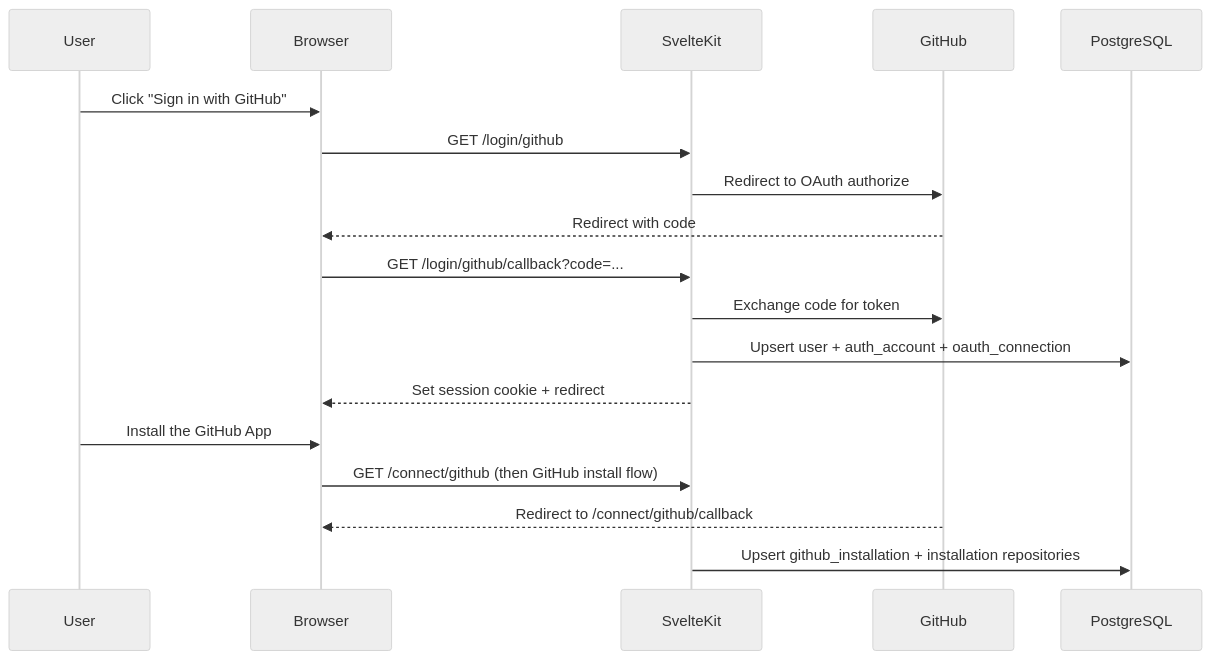
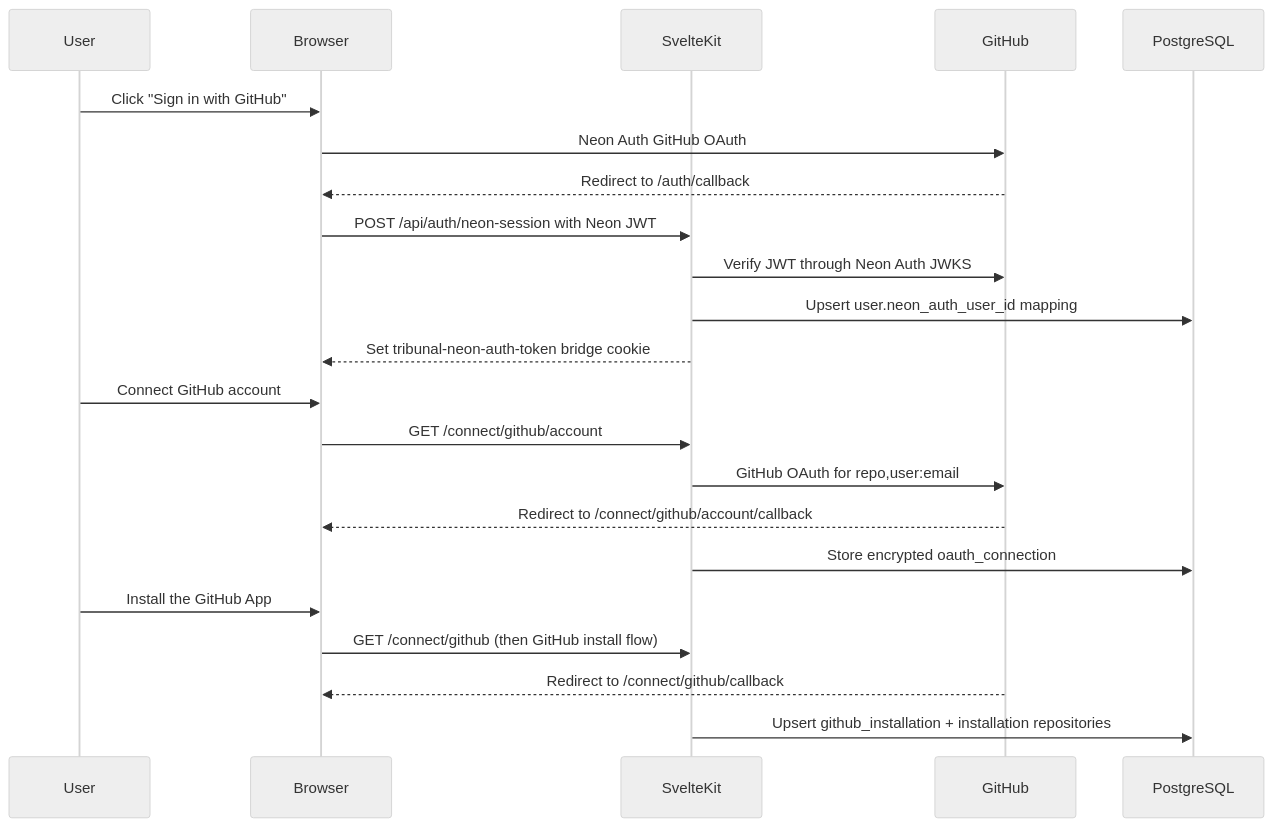
The third of 3 diagrams in documentation/ARCHITECTURE.md (stevekinney/tribunal), drawn with Mermaid (neutral theme) before and after one commit. The commit also changed other lines of this file and 104 other files, not shown here.

Commit message:
Migrate auth and fix GitHub repository sync

````diff
--- a/documentation/ARCHITECTURE.md
+++ b/documentation/ARCHITECTURE.md
@@ -157,22 +159,27 @@
 ```mermaid
 sequenceDiagram
   participant U as User
   participant B as Browser
   participant SK as SvelteKit
   participant GH as GitHub
   participant DB as PostgreSQL
 
   U->>B: Click "Sign in with GitHub"
-  B->>SK: GET /login/github
-  SK->>GH: Redirect to OAuth authorize
-  GH-->>B: Redirect with code
-  B->>SK: GET /login/github/callback?code=...
-  SK->>GH: Exchange code for token
-  SK->>DB: Upsert user + auth_account + oauth_connection
-  SK-->>B: Set session cookie + redirect
+  B->>GH: Neon Auth GitHub OAuth
+  GH-->>B: Redirect to /auth/callback
+  B->>SK: POST /api/auth/neon-session with Neon JWT
+  SK->>GH: Verify JWT through Neon Auth JWKS
+  SK->>DB: Upsert user.neon_auth_user_id mapping
+  SK-->>B: Set tribunal-neon-auth-token bridge cookie
+
+  U->>B: Connect GitHub account
+  B->>SK: GET /connect/github/account
+  SK->>GH: GitHub OAuth for repo,user:email
+  GH-->>B: Redirect to /connect/github/account/callback
+  SK->>DB: Store encrypted oauth_connection
 
   U->>B: Install the GitHub App
   B->>SK: GET /connect/github (then GitHub install flow)
   GH-->>B: Redirect to /connect/github/callback
   SK->>DB: Upsert github_installation + installation repositories
 ```
````
